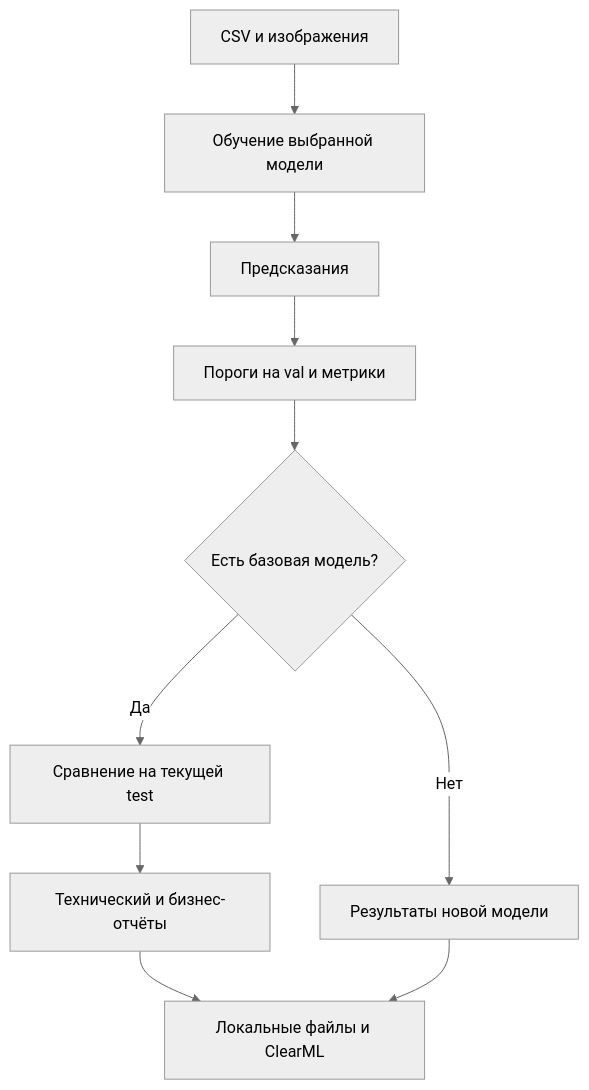
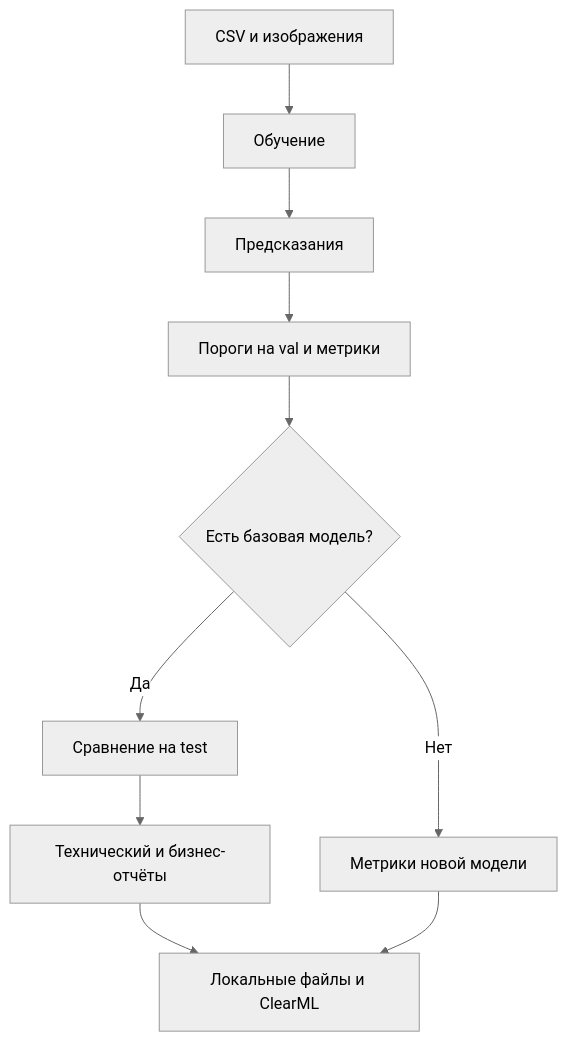
One commit to BuckanovNikita/clearml-yolo changed the diagram in README.md. Above: the diagram before and after it, drawn with Mermaid (neutral theme). The commit also changed other lines of this file, not shown here.

````diff
--- a/README.md
+++ b/README.md
@@ -322,12 +209,12 @@
 ```mermaid
 flowchart TD
-    A["CSV и изображения"] --> B["Обучение выбранной модели"]
+    A["CSV и изображения"] --> B["Обучение"]
     B --> C["Предсказания"]
     C --> D["Пороги на val и метрики"]
     D --> E{"Есть базовая модель?"}
-    E -->|Да| F["Сравнение на текущей test"]
+    E -->|Да| F["Сравнение на test"]
     F --> G["Технический и бизнес-отчёты"]
-    E -->|Нет| H["Результаты новой модели"]
+    E -->|Нет| H["Метрики новой модели"]
     G --> I["Локальные файлы и ClearML"]
     H --> I
 ```
````
